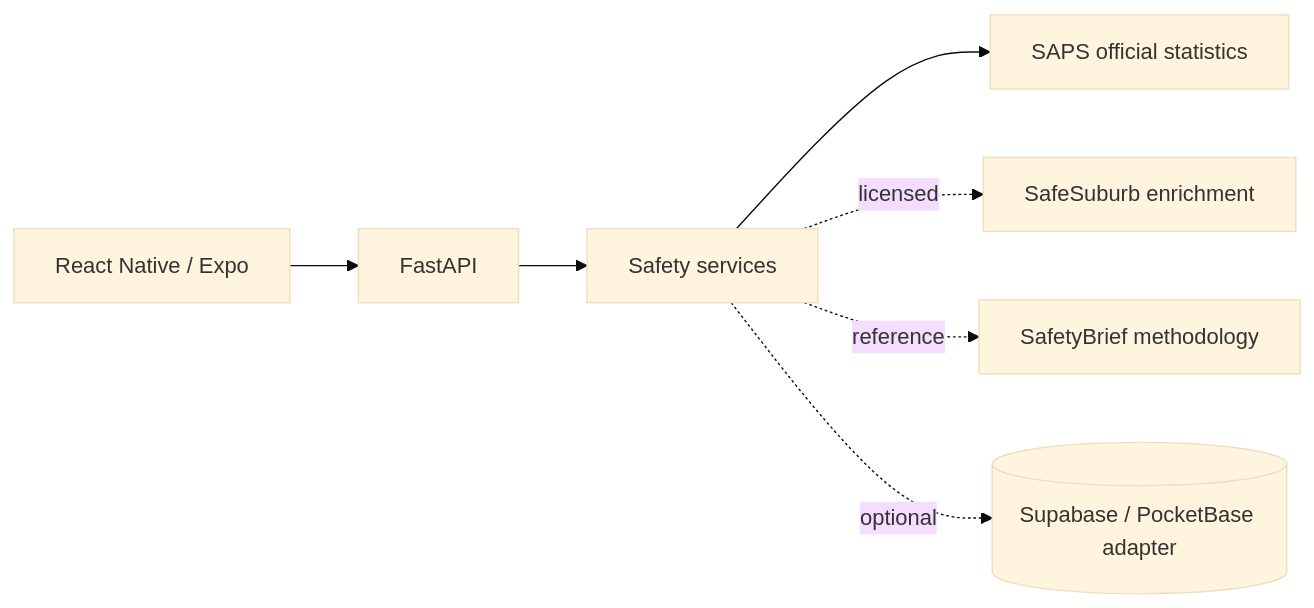
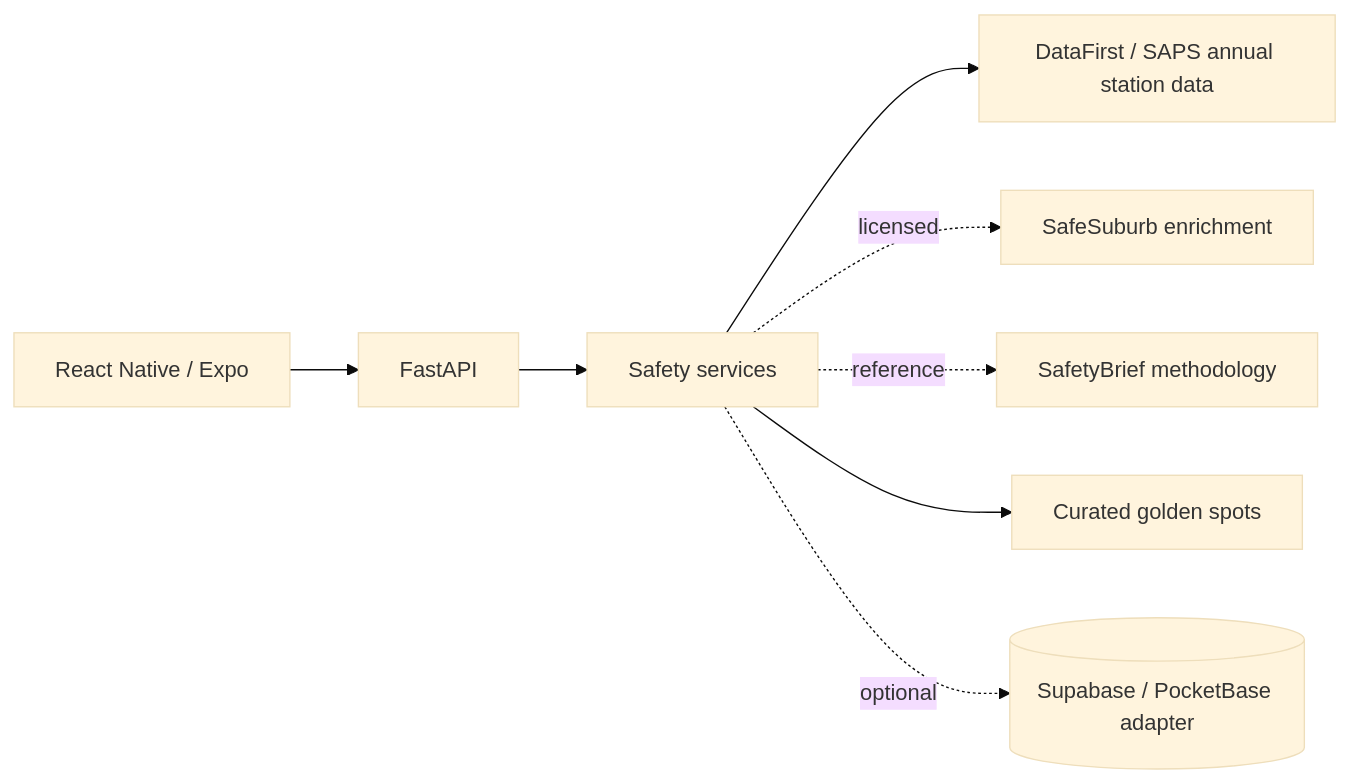
One commit to MargaretThomas/travel-safe changed the diagram in backend/docs/architecture.md. Above: the diagram before and after it, drawn with Mermaid (base theme). The commit also changed other lines of this file and 16 other files, not shown here.

````diff
--- a/backend/docs/architecture.md
+++ b/backend/docs/architecture.md
@@ -5,9 +5,10 @@
 ```mermaid
 flowchart LR
     Mobile[React Native / Expo] --> API[FastAPI]
     API --> Services[Safety services]
-    Services --> SAPS[SAPS official statistics]
+    Services --> DF[DataFirst / SAPS annual station data]
     Services -. licensed .-> SafeSuburb[SafeSuburb enrichment]
     Services -. reference .-> SafetyBrief[SafetyBrief methodology]
+    Services --> Gold[Curated golden spots]
     Services -. optional .-> DB[(Supabase / PocketBase adapter)]
 ```
````
